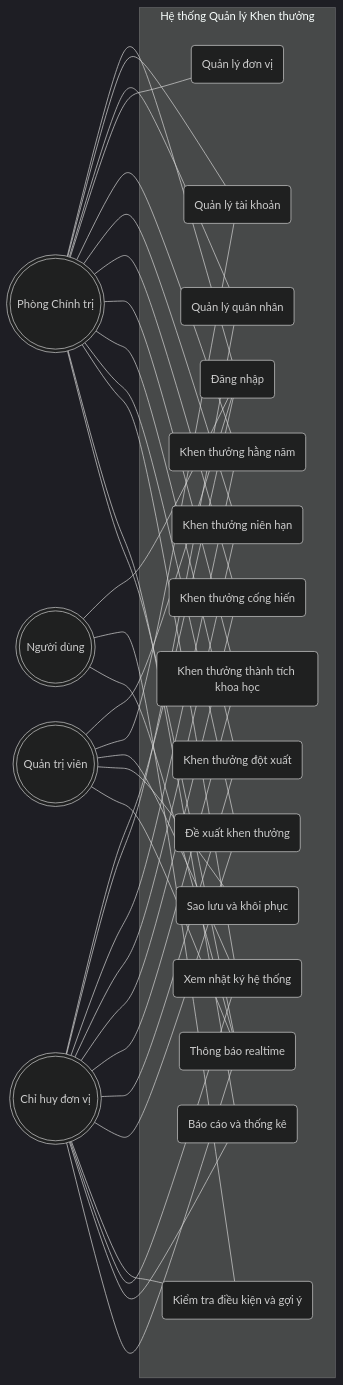
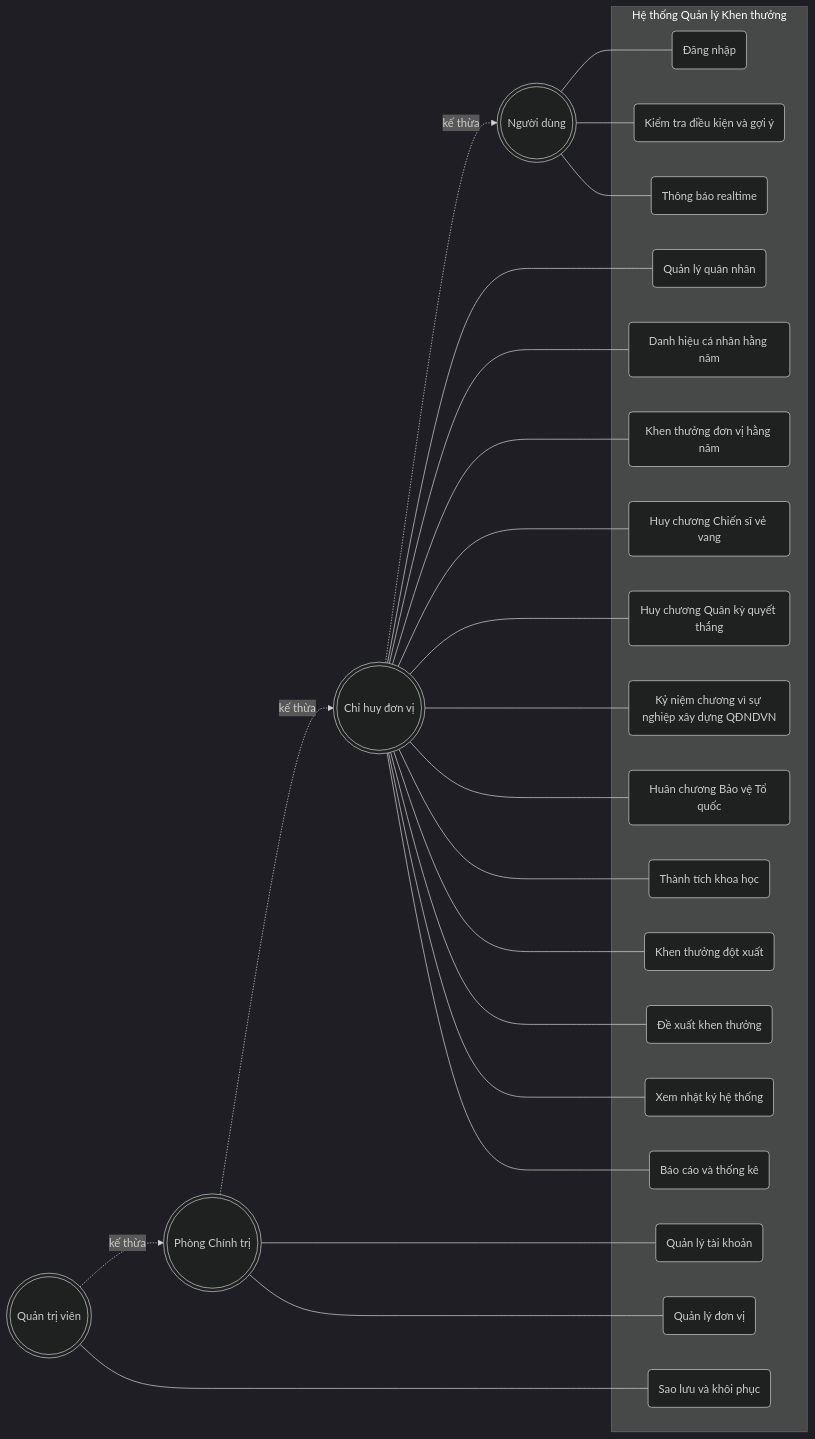
One commit to tranducbk/DATN_PM_QLKT changed the first of 15 diagrams in docs/diagrams/01-use-case.md. Above: the diagram before and after it, drawn with Mermaid (dark theme). The commit also changed other lines of this file and 29 other files, not shown here.

First line of the commit message:
Update CLAUDE.md with additional validation rules and introduce new database schema

````diff
--- a/docs/diagrams/01-use-case.md
+++ b/docs/diagrams/01-use-case.md
@@ -15,63 +15,59 @@
 ```mermaid
 flowchart LR
     SA(((Quản trị viên)))
     AD(((Phòng Chính trị)))
     MG(((Chỉ huy đơn vị)))
     US(((Người dùng)))
 
+    %% Actor generalization: mũi tên từ vai trò đặc biệt → vai trò tổng quát hơn
+    SA -.->|kế thừa| AD
+    AD -.->|kế thừa| MG
+    MG -.->|kế thừa| US
+
     subgraph SYS[Hệ thống Quản lý Khen thưởng]
         UC1(Đăng nhập)
         UC2(Quản lý tài khoản)
         UC3(Quản lý quân nhân)
         UC4(Quản lý đơn vị)
-        UC5(Khen thưởng hằng năm)
-        UC6(Khen thưởng niên hạn)
-        UC7(Khen thưởng cống hiến)
-        UC8(Khen thưởng thành tích khoa học)
-        UC9(Khen thưởng đột xuất)
-        UC10(Đề xuất khen thưởng)
-        UC11(Kiểm tra điều kiện và gợi ý)
-        UC12(Thông báo realtime)
-        UC13(Xem nhật ký hệ thống)
-        UC14(Sao lưu và khôi phục)
-        UC15(Báo cáo và thống kê)
+        UC5(Danh hiệu cá nhân hằng năm)
+        UC6(Khen thưởng đơn vị hằng năm)
+        UC7(Huy chương Chiến sĩ vẻ vang)
+        UC8(Huy chương Quân kỳ quyết thắng)
+        UC9(Kỷ niệm chương vì sự nghiệp xây dựng QĐNDVN)
+        UC10(Huân chương Bảo vệ Tổ quốc)
+        UC11(Thành tích khoa học)
+        UC12(Khen thưởng đột xuất)
+        UC13(Đề xuất khen thưởng)
+        UC14(Kiểm tra điều kiện và gợi ý)
+        UC15(Thông báo realtime)
+        UC16(Xem nhật ký hệ thống)
+        UC17(Sao lưu và khôi phục)
+        UC18(Báo cáo và thống kê)
     end
 
-    SA --- UC1
-    AD --- UC1
-    MG --- UC1
+    %% US: use case gốc (tất cả vai trò trên kế thừa)
     US --- UC1
+    US --- UC14
+    US --- UC15
 
-    SA --- UC2
-    AD --- UC2
-    SA --- UC13
-    SA --- UC14
-
-    AD --- UC3
-    AD --- UC4
-    AD --- UC5
-    AD --- UC6
-    AD --- UC7
-    AD --- UC8
-    AD --- UC9
-    AD --- UC10
-    AD --- UC13
-    AD --- UC15
-
+    %% MG: thêm những UC không có ở US
     MG --- UC3
     MG --- UC5
     MG --- UC6
     MG --- UC7
     MG --- UC8
     MG --- UC9
     MG --- UC10
     MG --- UC11
+    MG --- UC12
     MG --- UC13
-    MG --- UC15
+    MG --- UC16
+    MG --- UC18
 
-    US --- UC11
-    US --- UC12
-    SA --- UC12
-    AD --- UC12
-    MG --- UC12
+    %% AD: thêm những UC không có ở MG
+    AD --- UC2
+    AD --- UC4
+
+    %% SA: thêm những UC không có ở AD
+    SA --- UC17
 ```
````
